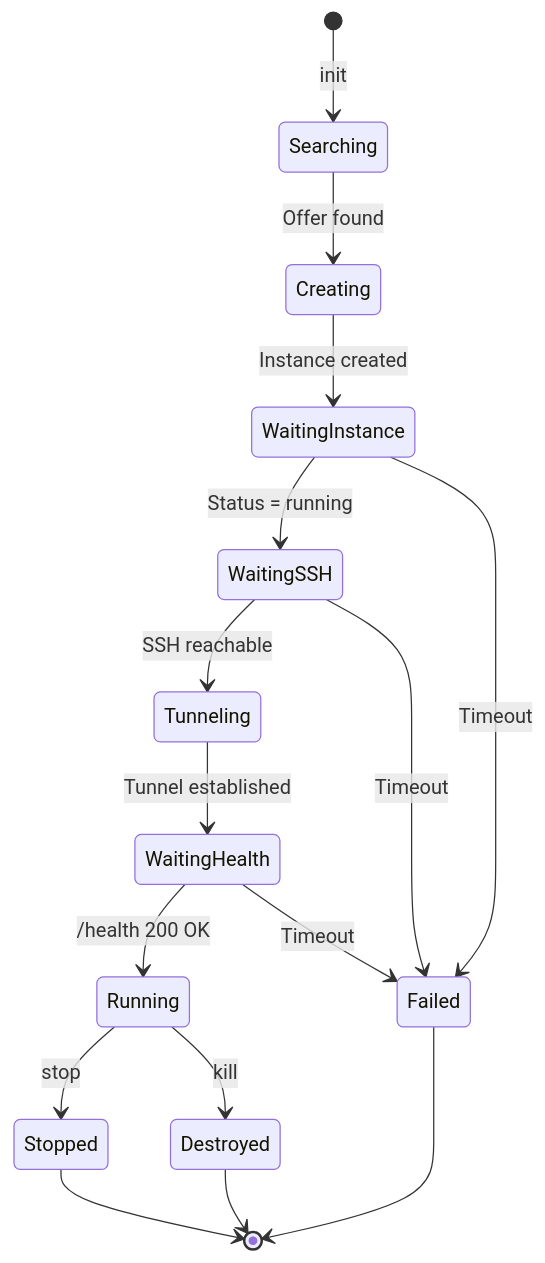
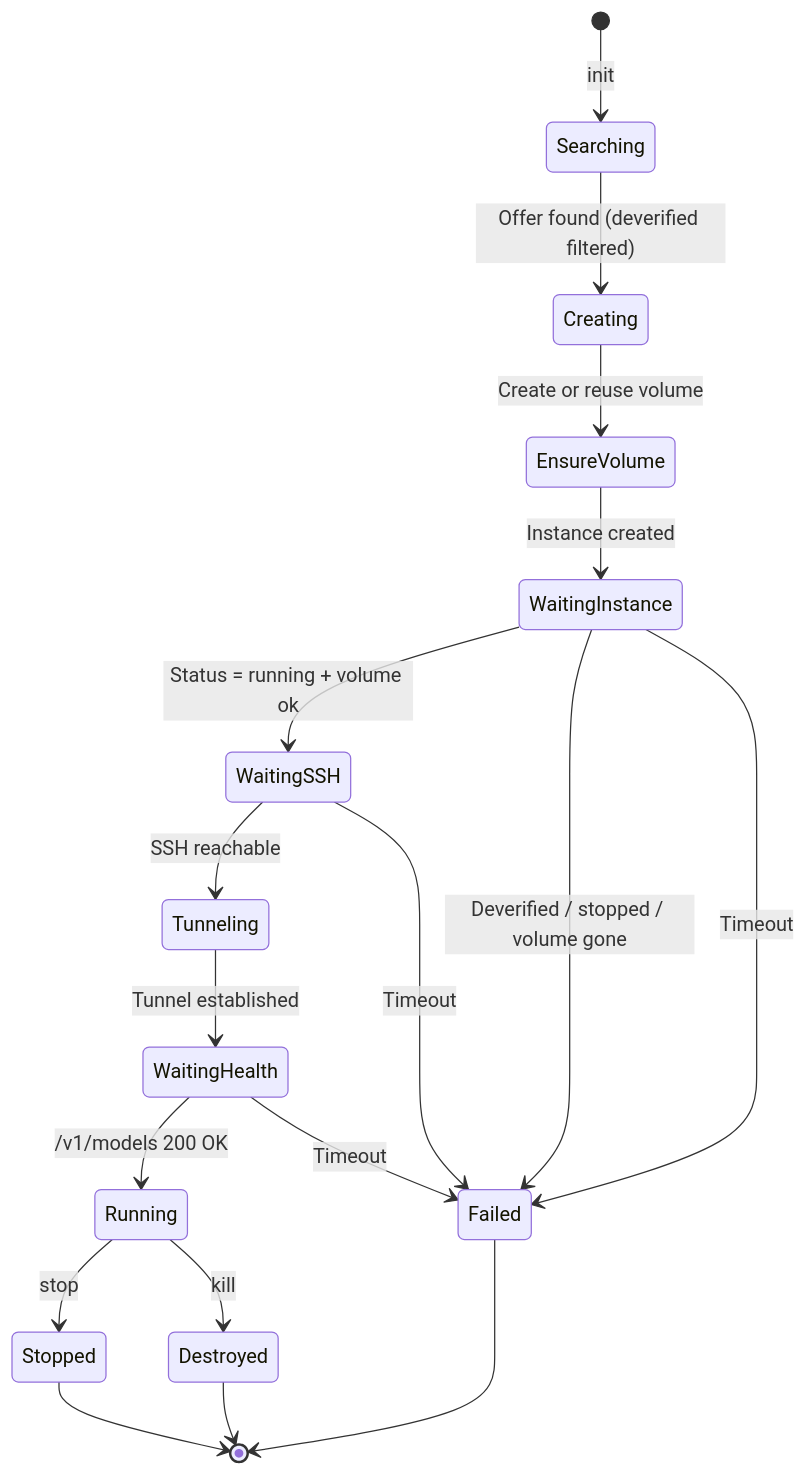
One commit to WWTLF/mycodeagent changed the sixth of 7 diagrams in docs/Solution.md. Above: the diagram before and after it, drawn with Mermaid. The commit also changed other lines of this file and 6 other files, not shown here.

````diff
--- a/docs/Solution.md
+++ b/docs/Solution.md
@@ -151,18 +212,20 @@
 ```mermaid
 stateDiagram-v2
     [*] --> Searching: init <model>
-    Searching --> Creating: Offer found
-    Creating --> WaitingInstance: Instance created
-    WaitingInstance --> WaitingSSH: Status = running
+    Searching --> Creating: Offer found (deverified filtered)
+    Creating --> EnsureVolume: Create or reuse volume
+    EnsureVolume --> WaitingInstance: Instance created
+    WaitingInstance --> WaitingSSH: Status = running + volume ok
+    WaitingInstance --> Failed: Deverified / stopped / volume gone
     WaitingSSH --> Tunneling: SSH reachable
     Tunneling --> WaitingHealth: Tunnel established
-    WaitingHealth --> Running: /health 200 OK
+    WaitingHealth --> Running: /v1/models 200 OK
     Running --> Stopped: stop <id>
-    Running --> Destroyed: kill
+    Running --> Destroyed: kill <id>
     WaitingInstance --> Failed: Timeout
     WaitingSSH --> Failed: Timeout
     WaitingHealth --> Failed: Timeout
     Stopped --> [*]
     Destroyed --> [*]
     Failed --> [*]
 ```
````
